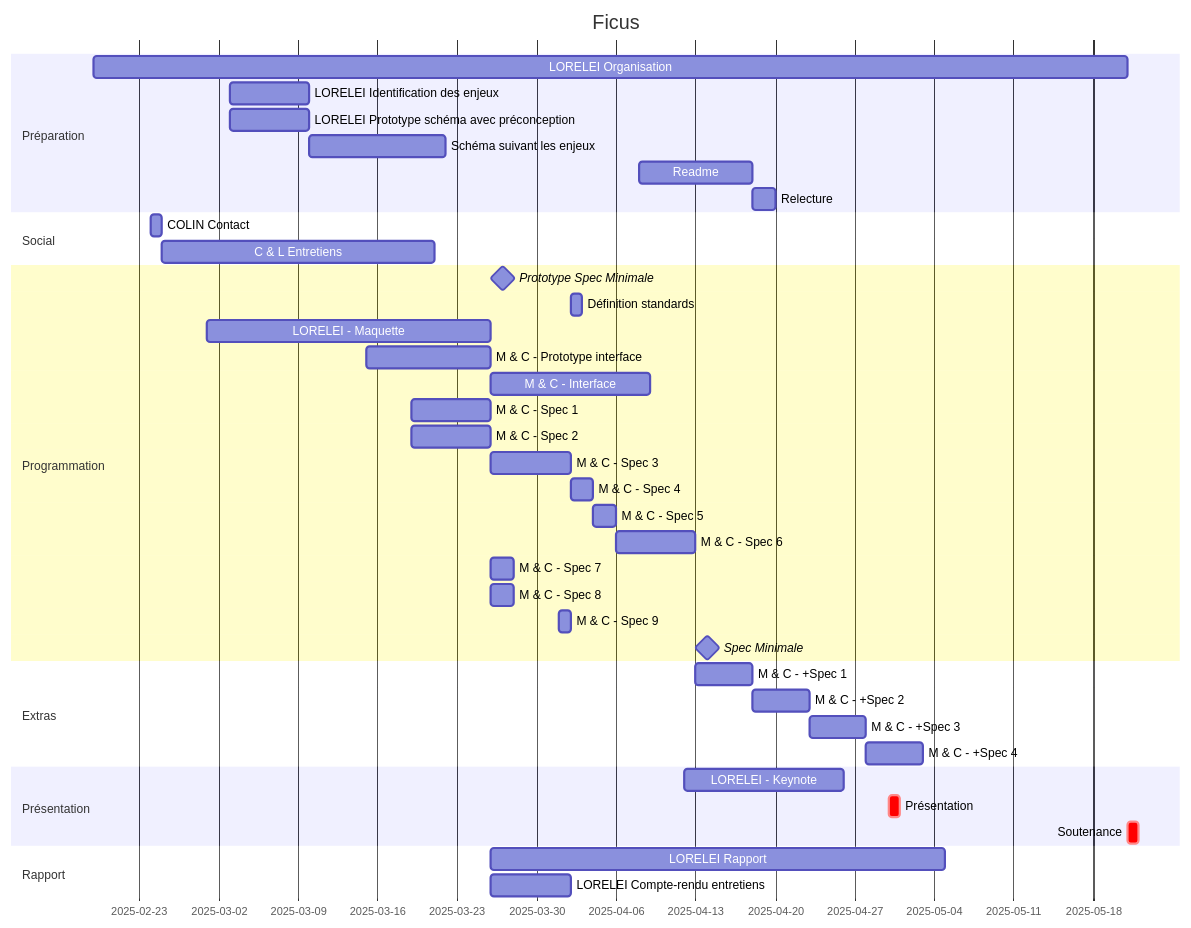
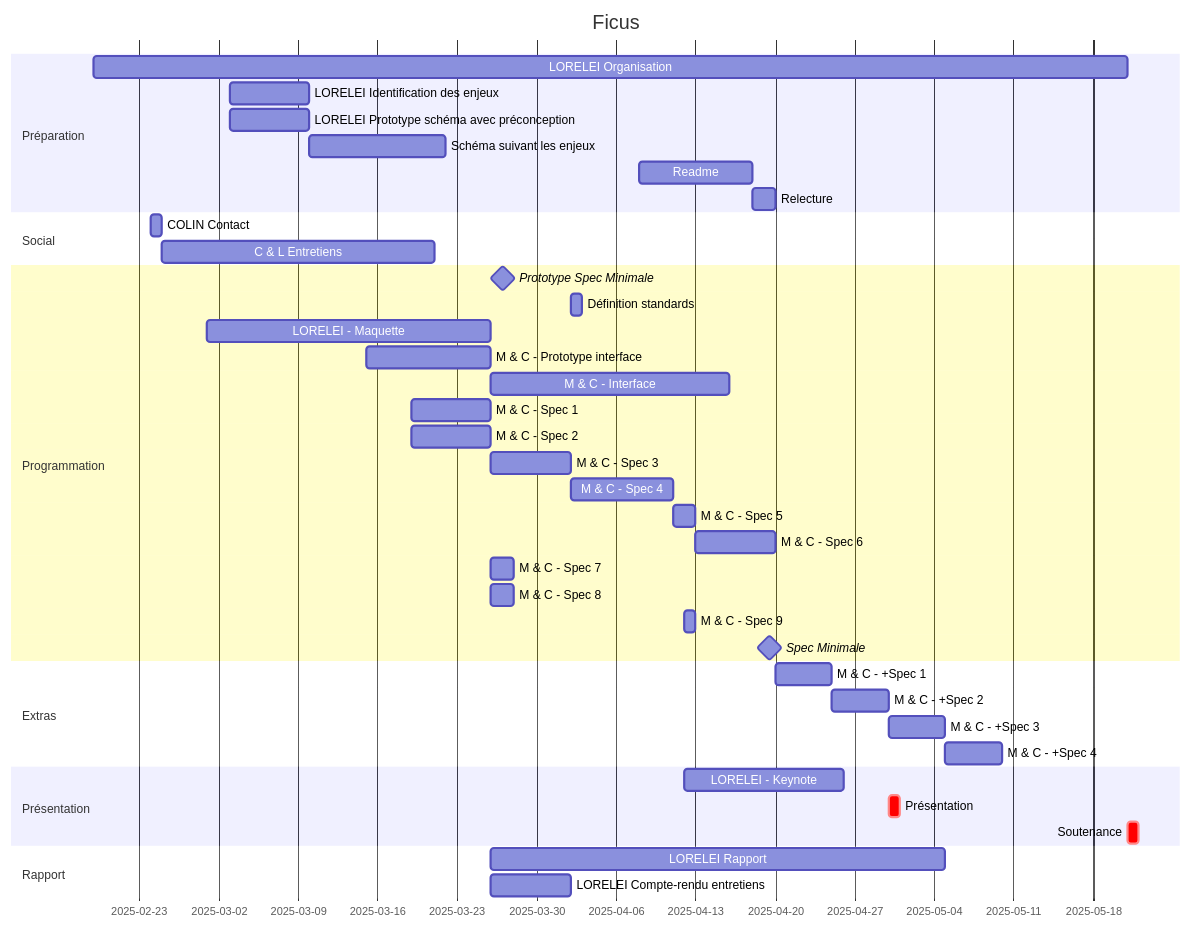
One commit to Hellorelei/Ficus changed the diagram in projet/gantt.md. Above: the diagram before and after it, drawn with Mermaid.

Commit message:
MAJ Gantt avec délais

````diff
--- a/projet/gantt.md
+++ b/projet/gantt.md
@@ -1,49 +1,49 @@
 ```mermaid
 gantt
     title Ficus
     dateFormat  YYYY-MM-DD
 
     section Préparation
     LORELEI Organisation: prep-1, 2025-02-19, 2025-05-21
     LORELEI Identification des enjeux: prep-2, 2025-03-03, 2025-03-10
     LORELEI Prototype schéma avec préconception: 2025-03-03, 2025-03-10
     Schéma suivant les enjeux: after prep-2, 12d
     Readme: prep-5, 2025-04-08, 10d
     Relecture: after prep-5, 2d
 
     section Social
     COLIN Contact      :s1, 2025-02-24  , 1d
     C & L Entretiens      :after s1, 24d
 
     section Programmation
     Prototype Spec Minimale: milestone, 2025-04-02
     Définition standards: 1d
     LORELEI - Maquette: m1, 2025-03-01, 2025-03-26
     M & C - Prototype interface: 2025-03-15, 2025-03-26
-    M & C - Interface: after m1, 14d
+    M & C - Interface: after m1, 21d
     M & C - Spec 1: spec_1, 2025-03-19, 7d
     M & C - Spec 2: spec_2, 2025-03-19, 7d
     M & C - Spec 3: spec_3, after spec_2, 7d 
-    M & C - Spec 4: spec_4, after spec_3, 2d
+    M & C - Spec 4: spec_4, after spec_3, 9d
     M & C - Spec 5: spec_5, after spec_4, 2d
     M & C - Spec 6: spec_6, after spec_5, 7d
     M & C - Spec 7: spec_7, 2025-03-26, 2d
     M & C - Spec 8: spec_8, after spec_1, 2d
-    M & C - Spec 9: spec_9, 2025-04-01, 1d
+    M & C - Spec 9: spec_9, 2025-04-12, 1d
     Spec Minimale: milestone, 2025-04-26
     
     section Extras
     M & C - +Spec 1: espec_1, after spec_6, 5d
     M & C - +Spec 2: espec_2, after espec_1, 5d
     M & C - +Spec 3: espec_3, after espec_2, 5d
     M & C - +Spec 4: espec_4, after espec_3, 5d
 
     section Présentation
     LORELEI - Keynote: 2025-04-12, 14d
     Présentation: crit, r1, 2025-04-30, 1d
     Soutenance: crit, r2, 2025-05-21, 1d
     
     section Rapport
     LORELEI Rapport: 2025-03-26, 40d
     LORELEI Compte-rendu entretiens: 2025-03-26, 7d
 ```
````
